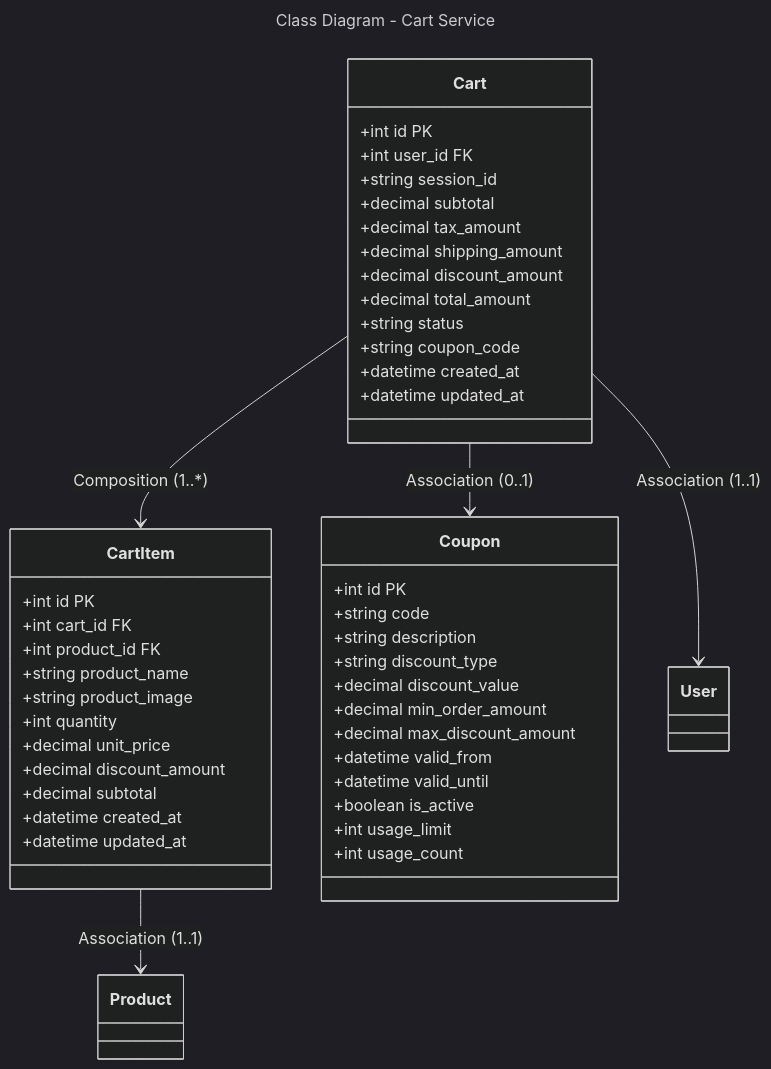
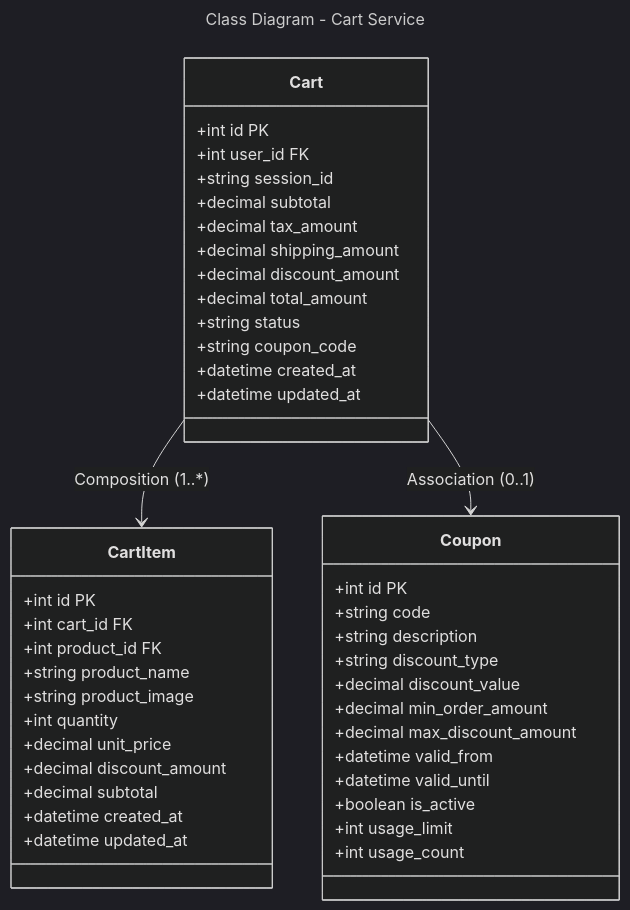
One commit to Trannaaanhh/ecom changed the diagram in docs/diagrams/class/cart-service.md. Above: the diagram before and after it, drawn with Mermaid (dark theme). The commit also changed other lines of this file and 11 other files, not shown here.

````diff
--- a/docs/diagrams/class/cart-service.md
+++ b/docs/diagrams/class/cart-service.md
@@ -1,54 +1,52 @@
 ```mermaid
 ---
 title: Class Diagram - Cart Service
 ---
 classDiagram
     class Cart {
         +int id PK
         +int user_id FK
         +string session_id
         +decimal subtotal
         +decimal tax_amount
         +decimal shipping_amount
         +decimal discount_amount
         +decimal total_amount
         +string status
         +string coupon_code
         +datetime created_at
         +datetime updated_at
     }
     
     class CartItem {
         +int id PK
         +int cart_id FK
         +int product_id FK
         +string product_name
         +string product_image
         +int quantity
         +decimal unit_price
         +decimal discount_amount
         +decimal subtotal
         +datetime created_at
         +datetime updated_at
     }
     
     class Coupon {
         +int id PK
         +string code
         +string description
         +string discount_type
         +decimal discount_value
         +decimal min_order_amount
         +decimal max_discount_amount
         +datetime valid_from
         +datetime valid_until
         +boolean is_active
         +int usage_limit
         +int usage_count
     }
     
     Cart --> CartItem : Composition (1..*)
-    Cart --> User : Association (1..1)
-    CartItem --> Product : Association (1..1)
     Cart --> Coupon : Association (0..1)
 ```
````
